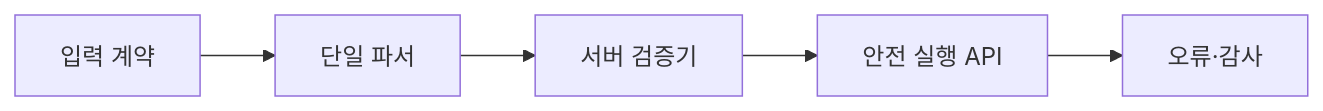
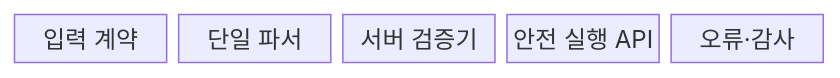
The first of 2 diagrams in src/content/docs/notes/05-security/052_input_validation.md (agnusdei1207/knowledge-base), drawn with Mermaid before and after one commit. The commit also changed other lines of this file and 11 other files, not shown here.

````diff
--- a/src/content/docs/notes/05-security/052_input_validation.md
+++ b/src/content/docs/notes/05-security/052_input_validation.md
@@ -57,7 +59,9 @@
 ```mermaid
-flowchart LR
-    A[입력 계약] --> B[단일 파서]
-    B --> C[서버 검증기]
-    C --> D[안전 실행 API]
-    D --> E[오류·감사]
+block-beta
+  columns 5
+  A["입력 계약"]
+  B["단일 파서"]
+  C["서버 검증기"]
+  D["안전 실행 API"]
+  E["오류·감사"]
 ```
````
